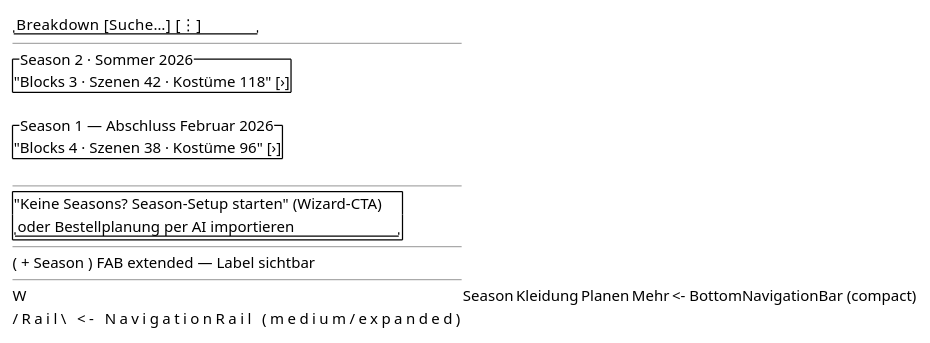
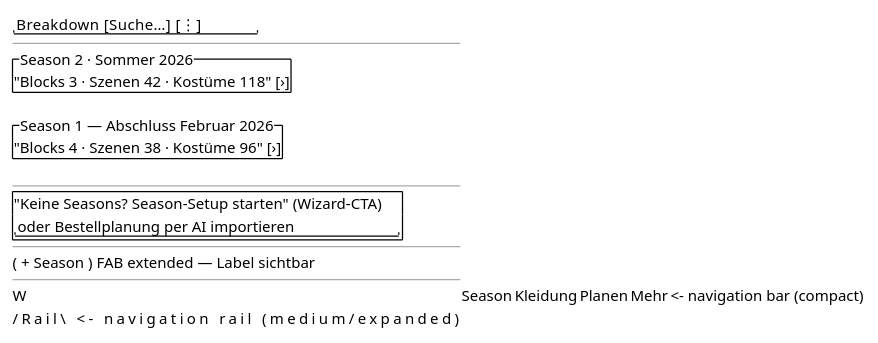
Before and after one commit to tradem/breakdown-rs: the diagram in frontend-flutter/.pi/skills/design-wireframe-salt/SKILL.md, drawn with PlantUML. The commit also changed 6 other files, not shown here.

````diff
--- a/frontend-flutter/.pi/skills/design-wireframe-salt/SKILL.md
+++ b/frontend-flutter/.pi/skills/design-wireframe-salt/SKILL.md
@@ -63,20 +63,20 @@
 ```plantuml
 @startsalt
 {
   "Breakdown   [Suche…] [⋮]"
   --
   {^ "Season 2 · Sommer 2026"
      "Blocks 3 · Szenen 42 · Kostüme 118" [›]}
   {^ "Season 1 — Abschluss Februar 2026"
      "Blocks 4 · Szenen 38 · Kostüme 96" [›]}
   --
   {+ "Keine Seasons? Season-Setup starten" (Wizard-CTA)
      "oder Bestellplanung per AI importieren"}
   --
   ( + Season ) FAB extended — Label sichtbar
   --
-  |W| Season | Kleidung | Planen | Mehr |   <- BottomNavigationBar (compact)
-  /Rail\                                     <- NavigationRail (medium/expanded)
+  |W| Season | Kleidung | Planen | Mehr |   <- navigation bar (compact)
+  /Rail\                                     <- navigation rail (medium/expanded)
 }
 @endsalt
 ```
````
